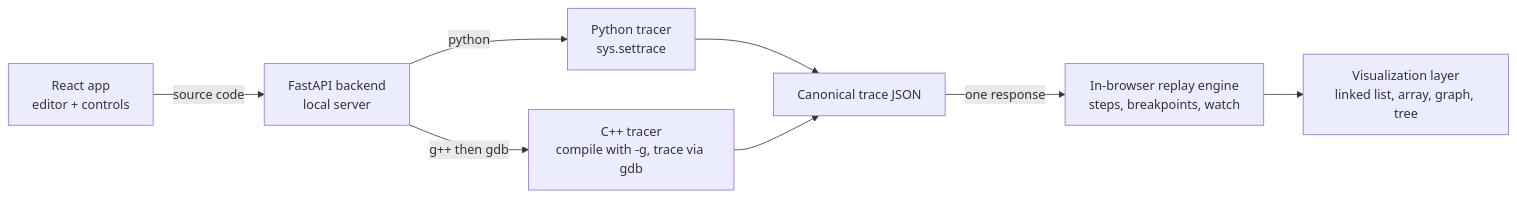
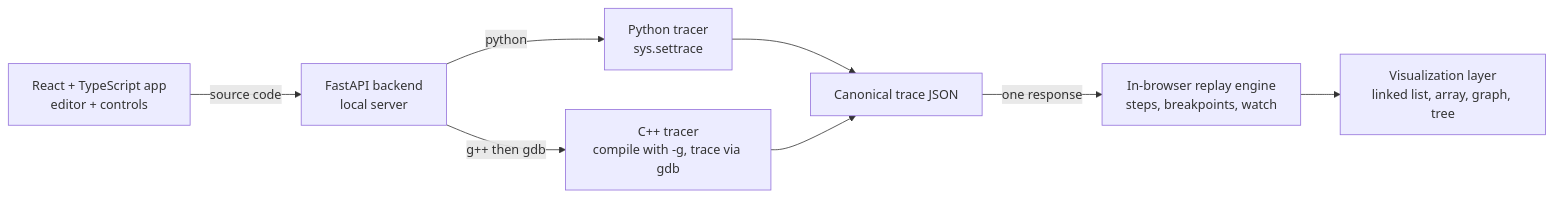
The diagram in plan.md (abdelrahman-ah1/code-visualizer), drawn with Mermaid before and after one commit. The commit also changed other lines of this file, not shown here.

````diff
--- a/plan.md
+++ b/plan.md
@@ -49,10 +50,10 @@
 ```mermaid
 flowchart LR
-    A[React app<br/>editor + controls] -->|source code| B[FastAPI backend<br/>local server]
+    A[React + TypeScript app<br/>editor + controls] -->|source code| B[FastAPI backend<br/>local server]
     B -->|python| C[Python tracer<br/>sys.settrace]
     B -->|g++ then gdb| D[C++ tracer<br/>compile with -g, trace via gdb]
     C --> E[Canonical trace JSON]
     D --> E
     E -->|one response| F[In-browser replay engine<br/>steps, breakpoints, watch]
     F --> G[Visualization layer<br/>linked list, array, graph, tree]
 ```
````
